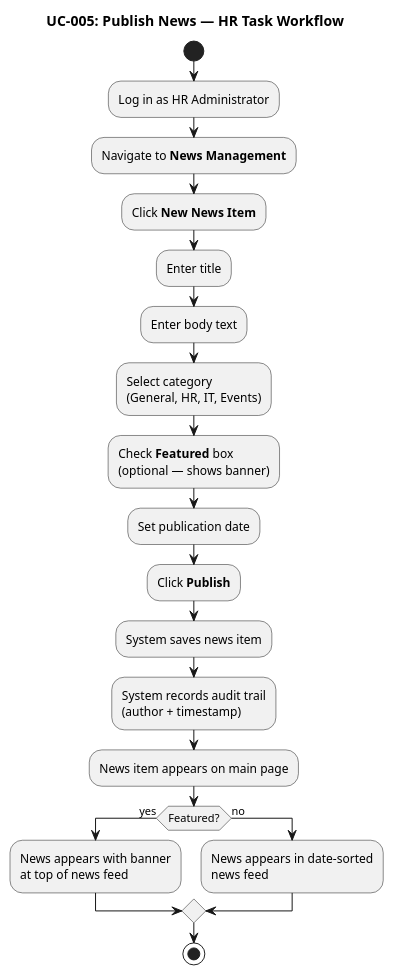
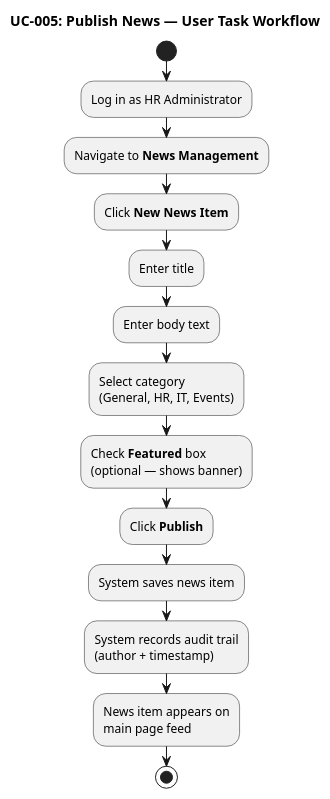
Before and after one commit to banense-test/portal-cuba-corp: the fourth of 11 diagrams in docs/artifacts/deployment/user-documentation.md, drawn with PlantUML. The commit also changed other lines of this file, not shown here.

First line of the commit message:
Technical Writer [C4]: upsert User Documentation

````diff
--- a/docs/artifacts/deployment/user-documentation.md
+++ b/docs/artifacts/deployment/user-documentation.md
@@ -247,33 +229,22 @@
 ```plantuml
 @startuml
-title UC-005: Publish News — HR Task Workflow
+title UC-005: Publish News — User Task Workflow
 
 skinparam activityStyle rounded
 
 start
 :Log in as HR Administrator;
 :Navigate to **News Management**;
 :Click **New News Item**;
-
 :Enter title;
 :Enter body text;
 :Select category\n(General, HR, IT, Events);
 :Check **Featured** box\n(optional — shows banner);
-:Set publication date;
-
 :Click **Publish**;
-
 :System saves news item;
 :System records audit trail\n(author + timestamp);
-:News item appears on main page;
-
-if (Featured?) then (yes)
-  :News appears with banner\nat top of news feed;
-else (no)
-  :News appears in date-sorted\nnews feed;
-endif
-
+:News item appears on\nmain page feed;
 stop
 
 @enduml
 ```
````
